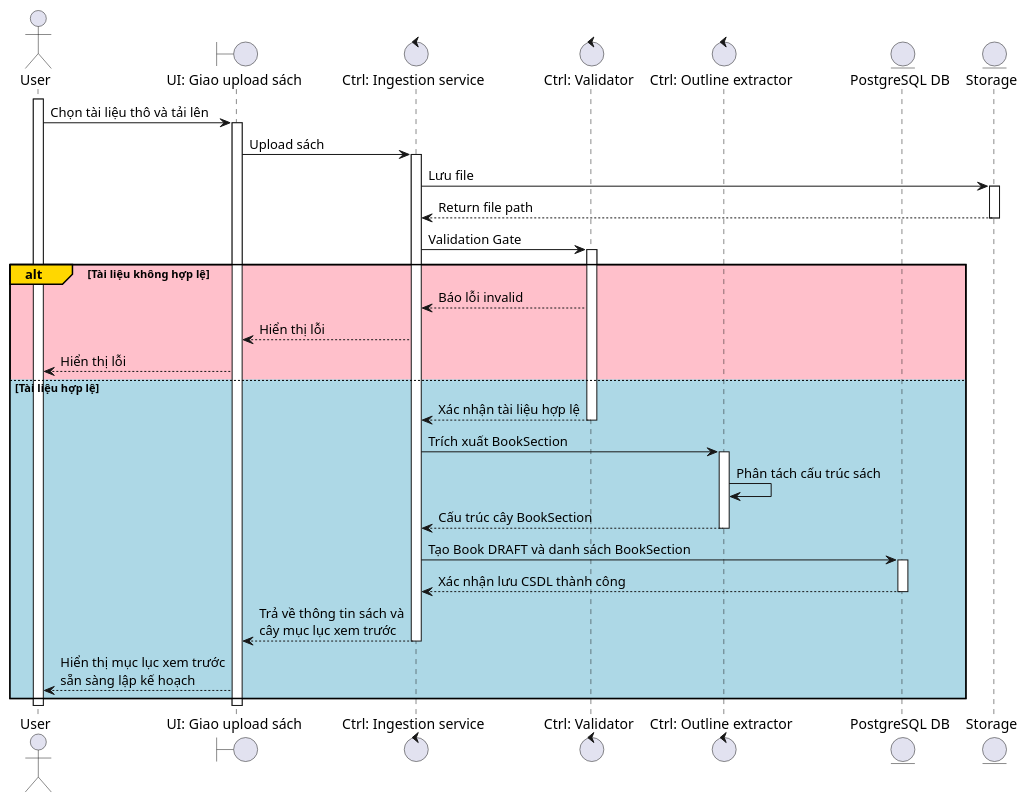
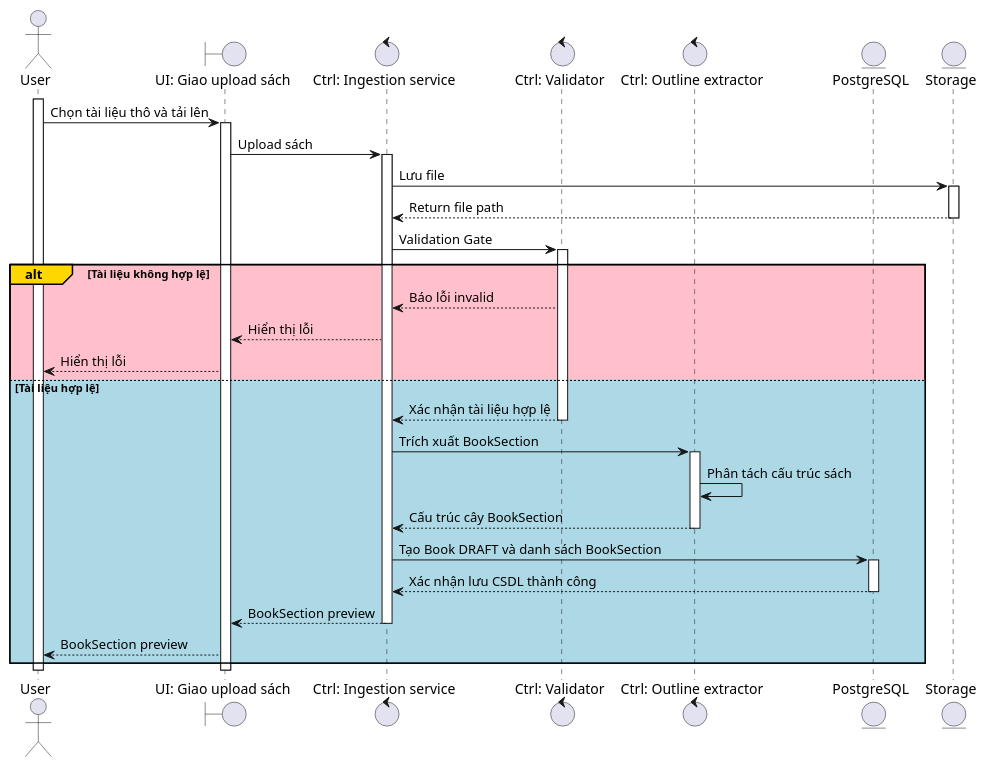
Before and after one commit to KhoaSinno/triam-backend: the diagram in _docs_capstone/_dia/Sequence/UC001_UploadAndIngestBook.puml, drawn with PlantUML. The commit also changed 3 other files, not shown here.

```diff
--- a/_docs_capstone/_dia/Sequence/UC001_UploadAndIngestBook.puml
+++ b/_docs_capstone/_dia/Sequence/UC001_UploadAndIngestBook.puml
@@ -1,54 +1,54 @@
 @startuml SequenceUploadAndIngestBook
 
 actor "User" as user
 boundary "UI: Giao upload sách" as ui_app
 control "Ctrl: Ingestion service" as ctrl_ingest
 control "Ctrl: Validator" as ctrl_val
 control "Ctrl: Outline extractor" as ctrl_parser
-entity "PostgreSQL DB" as db
+entity "PostgreSQL" as db
 entity "Storage" as storage
 
 activate user
 user -> ui_app: Chọn tài liệu thô và tải lên
 activate ui_app
 
 ui_app -> ctrl_ingest: Upload sách
 activate ctrl_ingest
 
 ctrl_ingest -> storage: Lưu file
 activate storage
 storage --> ctrl_ingest: Return file path
 deactivate storage
 
 ctrl_ingest -> ctrl_val: Validation Gate
 activate ctrl_val
 
 alt#Gold #Pink Tài liệu không hợp lệ
     ctrl_val --> ctrl_ingest: Báo lỗi invalid
     ctrl_ingest --> ui_app: Hiển thị lỗi
     ui_app --> user: Hiển thị lỗi
 else #LightBlue Tài liệu hợp lệ
     ctrl_val --> ctrl_ingest: Xác nhận tài liệu hợp lệ
     deactivate ctrl_val
 
     ctrl_ingest -> ctrl_parser: Trích xuất BookSection
     activate ctrl_parser
     ctrl_parser -> ctrl_parser: Phân tách cấu trúc sách
     ctrl_parser --> ctrl_ingest: Cấu trúc cây BookSection
     deactivate ctrl_parser
 
     ctrl_ingest -> db: Tạo Book DRAFT và danh sách BookSection
     activate db
     db --> ctrl_ingest: Xác nhận lưu CSDL thành công
     deactivate db
 
-    ctrl_ingest --> ui_app: Trả về thông tin sách và\ncây mục lục xem trước
+    ctrl_ingest --> ui_app: BookSection preview
     deactivate ctrl_ingest
 
-    ui_app --> user: Hiển thị mục lục xem trước\nsẵn sàng lập kế hoạch
+    ui_app --> user: BookSection preview
 end
 
 deactivate ui_app
 deactivate user
 
 @enduml
```
